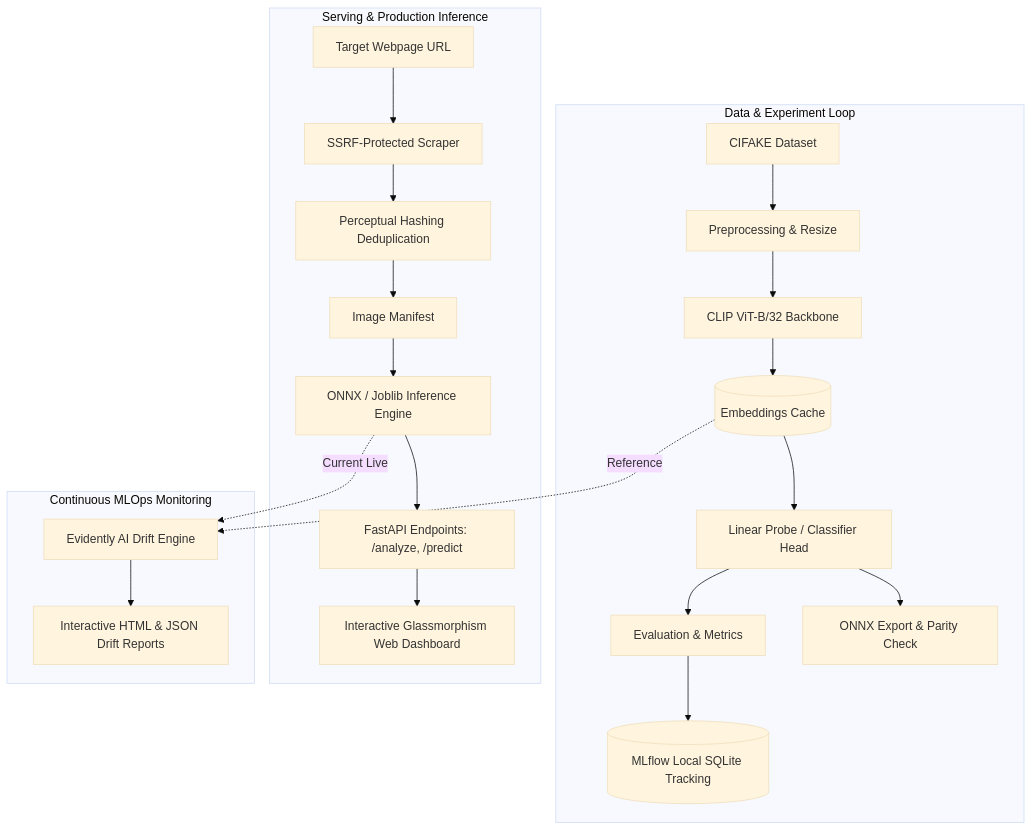
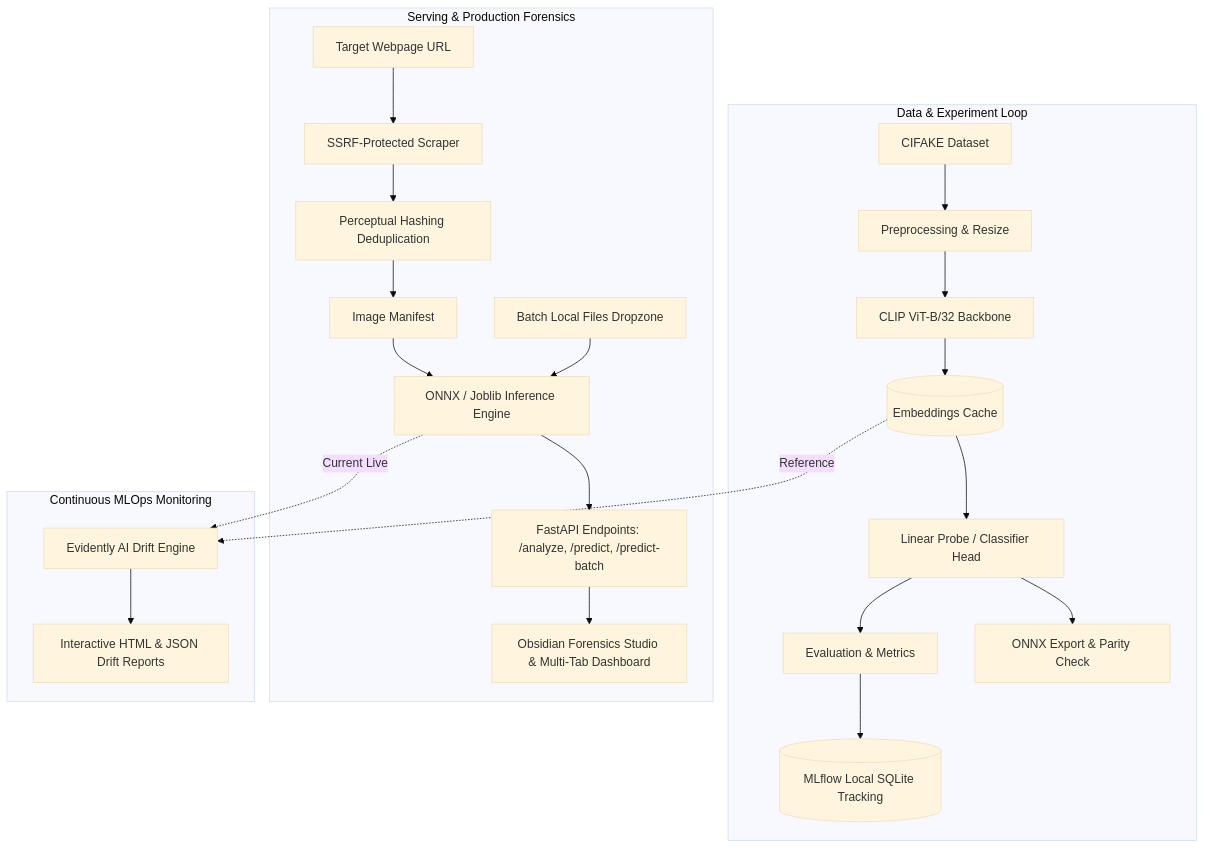
One commit to EricSiq/MLops-for-AI-Image-Detection changed the diagram in README.md. Above: the diagram before and after it, drawn with Mermaid (base theme). The commit also changed other lines of this file, not shown here.

Commit message:
docs: update architecture, v0.2 forensic studio features, and test metrics in README

````diff
--- a/README.md
+++ b/README.md
@@ -16,27 +16,28 @@
 ```mermaid
 flowchart TD
     subgraph Data & Training ["Data & Experiment Loop"]
         D[CIFAKE Dataset] --> PRE[Preprocessing & Resize]
         PRE --> CLIP[CLIP ViT-B/32 Backbone]
         CLIP --> CACHE[(Embeddings Cache)]
         CACHE --> HEAD[Linear Probe / Classifier Head]
         HEAD --> EVAL[Evaluation & Metrics]
         EVAL --> MLF[(MLflow Local SQLite Tracking)]
         HEAD --> ONNX[ONNX Export & Parity Check]
     end
 
-    subgraph Ingestion & Serving ["Serving & Production Inference"]
+    subgraph Ingestion & Serving ["Serving & Production Forensics"]
         WEB[Target Webpage URL] --> SCRAPE[SSRF-Protected Scraper]
         SCRAPE --> DEDUP[Perceptual Hashing Deduplication]
         DEDUP --> MANIFEST[Image Manifest]
         MANIFEST --> PRED[ONNX / Joblib Inference Engine]
-        PRED --> API[FastAPI Endpoints: /analyze, /predict]
-        API --> UI[Interactive Glassmorphism Web Dashboard]
+        DROP[Batch Local Files Dropzone] --> PRED
+        PRED --> API[FastAPI Endpoints: /analyze, /predict, /predict-batch]
+        API --> UI[Obsidian Forensics Studio & Multi-Tab Dashboard]
     end
 
     subgraph Monitoring ["Continuous MLOps Monitoring"]
         CACHE -. Reference .-> MON[Evidently AI Drift Engine]
         PRED -. Current Live .-> MON
         MON --> REPORT[Interactive HTML & JSON Drift Reports]
     end
 ```
````
